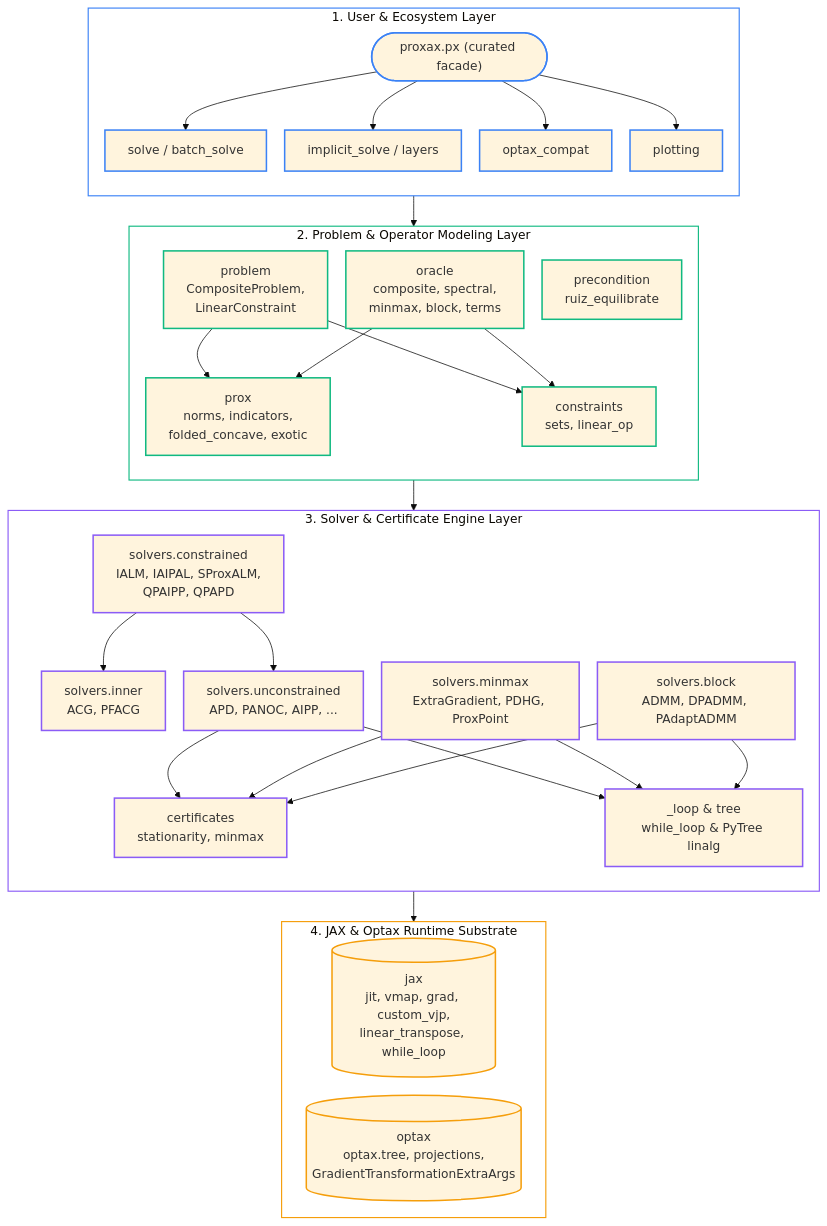
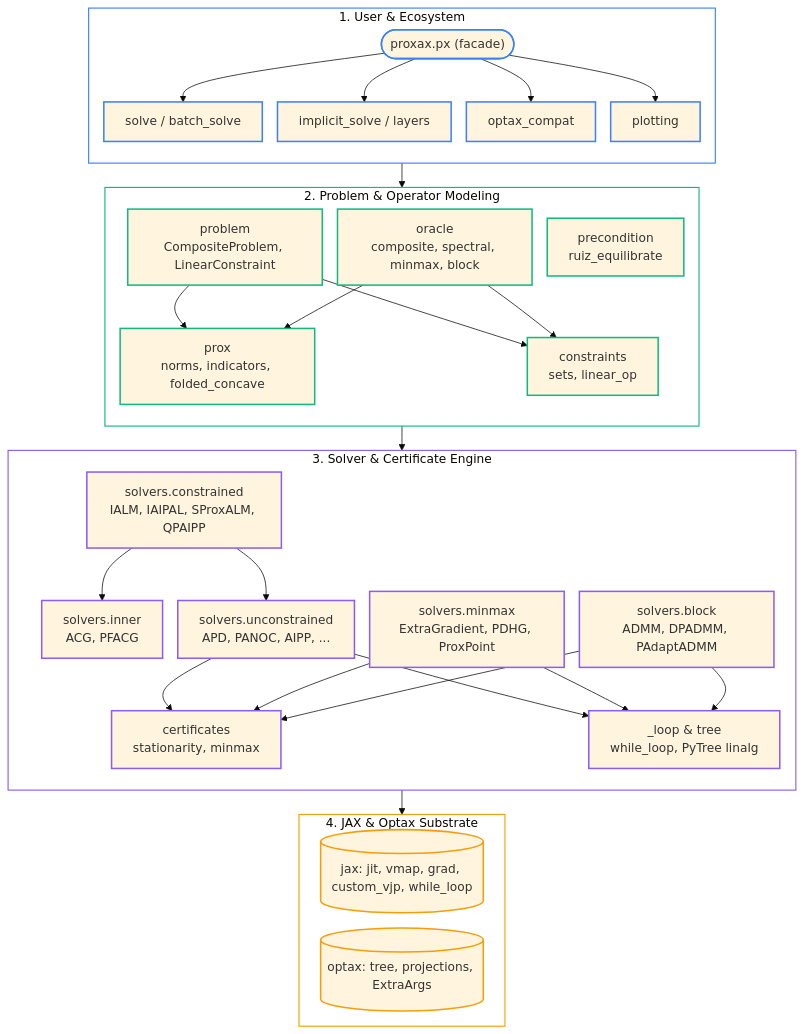
The first of 4 diagrams in docs/appendices/software_architecture.md (wwkong/proxax), drawn with Mermaid (base theme) before and after one commit. The commit also changed 1 other file, not shown here.

Commit message:
Fix Mermaid dark-mode text contrast and D3 zoom SVG sizing

````diff
--- a/docs/appendices/software_architecture.md
+++ b/docs/appendices/software_architecture.md
@@ -18,56 +18,56 @@
 ```{mermaid}
-%%{init: {'flowchart': {'curve': 'basis', 'nodeSpacing': 24, 'rankSpacing': 40}}}%%
+%%{init: {'flowchart': {'curve': 'basis', 'nodeSpacing': 20, 'rankSpacing': 32, 'padding': 14}}}%%
 flowchart TB
     classDef user stroke:#3b82f6,stroke-width:2px
     classDef model stroke:#10b981,stroke-width:2px
     classDef solver stroke:#8b5cf6,stroke-width:2px
     classDef substrate stroke:#f59e0b,stroke-width:2px
 
-    subgraph L1["1. User & Ecosystem Layer"]
+    subgraph L1["1. User & Ecosystem"]
         direction TB
-        PX(["proxax.px (curated facade)"]):::user
+        PX(["proxax.px (facade)"]):::user
         SOLVE["solve / batch_solve"]:::user
         DIFF["implicit_solve / layers"]:::user
         OPTAX["optax_compat"]:::user
         PLOT["plotting"]:::user
         PX --> SOLVE & DIFF & OPTAX & PLOT
     end
 
-    subgraph L2["2. Problem & Operator Modeling Layer"]
+    subgraph L2["2. Problem & Operator Modeling"]
         direction TB
-        PROB["problem<br/>CompositeProblem,<br/>LinearConstraint"]:::model
-        ORA["oracle<br/>composite, spectral,<br/>minmax, block, terms"]:::model
+        PROB["problem<br/>CompositeProblem, LinearConstraint"]:::model
+        ORA["oracle<br/>composite, spectral, minmax, block"]:::model
         PREC["precondition<br/>ruiz_equilibrate"]:::model
-        PROX["prox<br/>norms, indicators,<br/>folded_concave, exotic"]:::model
+        PROX["prox<br/>norms, indicators, folded_concave"]:::model
         CONS["constraints<br/>sets, linear_op"]:::model
         PROB --> PROX & CONS
         ORA --> PROX & CONS
         PREC ~~~ CONS
     end
 
-    subgraph L3["3. Solver & Certificate Engine Layer"]
+    subgraph L3["3. Solver & Certificate Engine"]
         direction TB
-        CON["solvers.constrained<br/>IALM, IAIPAL, SProxALM,<br/>QPAIPP, QPAPD"]:::solver
+        CON["solvers.constrained<br/>IALM, IAIPAL, SProxALM, QPAIPP"]:::solver
         UNC["solvers.unconstrained<br/>APD, PANOC, AIPP, ..."]:::solver
         INN["solvers.inner<br/>ACG, PFACG"]:::solver
         MM["solvers.minmax<br/>ExtraGradient, PDHG, ProxPoint"]:::solver
         BLK["solvers.block<br/>ADMM, DPADMM, PAdaptADMM"]:::solver
         CERT["certificates<br/>stationarity, minmax"]:::solver
-        LOOP["_loop & tree<br/>while_loop & PyTree linalg"]:::solver
+        LOOP["_loop & tree<br/>while_loop, PyTree linalg"]:::solver
         CON --> INN & UNC
         UNC & MM & BLK --> CERT & LOOP
     end
 
-    subgraph L4["4. JAX & Optax Runtime Substrate"]
+    subgraph L4["4. JAX & Optax Substrate"]
         direction LR
-        JAX[("jax<br/>jit, vmap, grad, custom_vjp,<br/>linear_transpose, while_loop")]:::substrate
-        OX[("optax<br/>optax.tree, projections,<br/>GradientTransformationExtraArgs")]:::substrate
+        JAX[("jax: jit, vmap, grad, custom_vjp, while_loop")]:::substrate
+        OX[("optax: tree, projections, ExtraArgs")]:::substrate
     end
 
     L1 --> L2 --> L3 --> L4
 
     style L1 fill:transparent,stroke:#3b82f6,stroke-width:1.5px
     style L2 fill:transparent,stroke:#10b981,stroke-width:1.5px
     style L3 fill:transparent,stroke:#8b5cf6,stroke-width:1.5px
     style L4 fill:transparent,stroke:#f59e0b,stroke-width:1.5px
 ```
````
